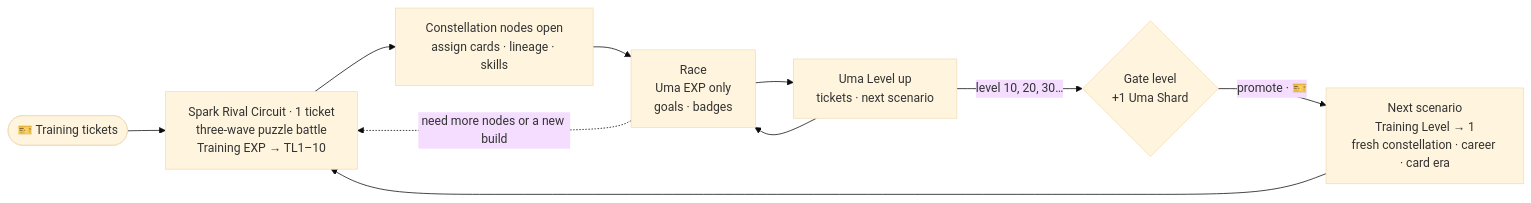
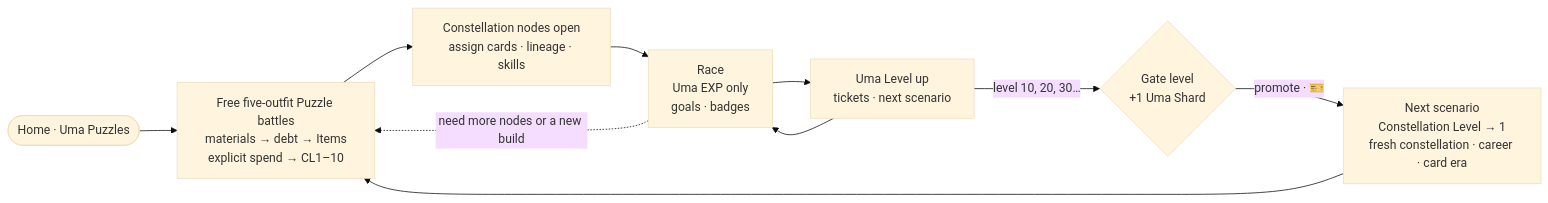
One commit to luismlorenzana/uma-racer changed the first of 2 diagrams in docs/design/00-overview.md. Above: the diagram before and after it, drawn with Mermaid (base theme). The commit also changed other lines of this file and 69 other files, not shown here.

````diff
--- a/docs/design/00-overview.md
+++ b/docs/design/00-overview.md
@@ -34,12 +33,12 @@
 ```mermaid
 flowchart LR
-    Tix([🎫 Training tickets]) --> Spark
-    Spark["Spark Rival Circuit · 1 ticket<br/>three-wave puzzle battle<br/>Training EXP → TL1–10"] --> Nodes["Constellation nodes open<br/>assign cards · lineage · skills"]
+    Home([Home · Uma Puzzles]) --> Spark
+    Spark["Free five-outfit Puzzle battles<br/>materials → debt → Items<br/>explicit spend → CL1–10"] --> Nodes["Constellation nodes open<br/>assign cards · lineage · skills"]
     Nodes --> Race
     Race["Race<br/>Uma EXP only<br/>goals · badges"] --> LevelUp["Uma Level up<br/>tickets · next scenario"]
     LevelUp --> Race
     Race -.->|"need more nodes or a new build"| Spark
     LevelUp -->|"level 10, 20, 30…"| Gate{"Gate level<br/>+1 Uma Shard"}
-    Gate -->|"promote · 🎫"| Next["Next scenario<br/>Training Level → 1<br/>fresh constellation · career · card era"]
+    Gate -->|"promote · 🎫"| Next["Next scenario<br/>Constellation Level → 1<br/>fresh constellation · career · card era"]
     Next --> Spark
 ```
````
